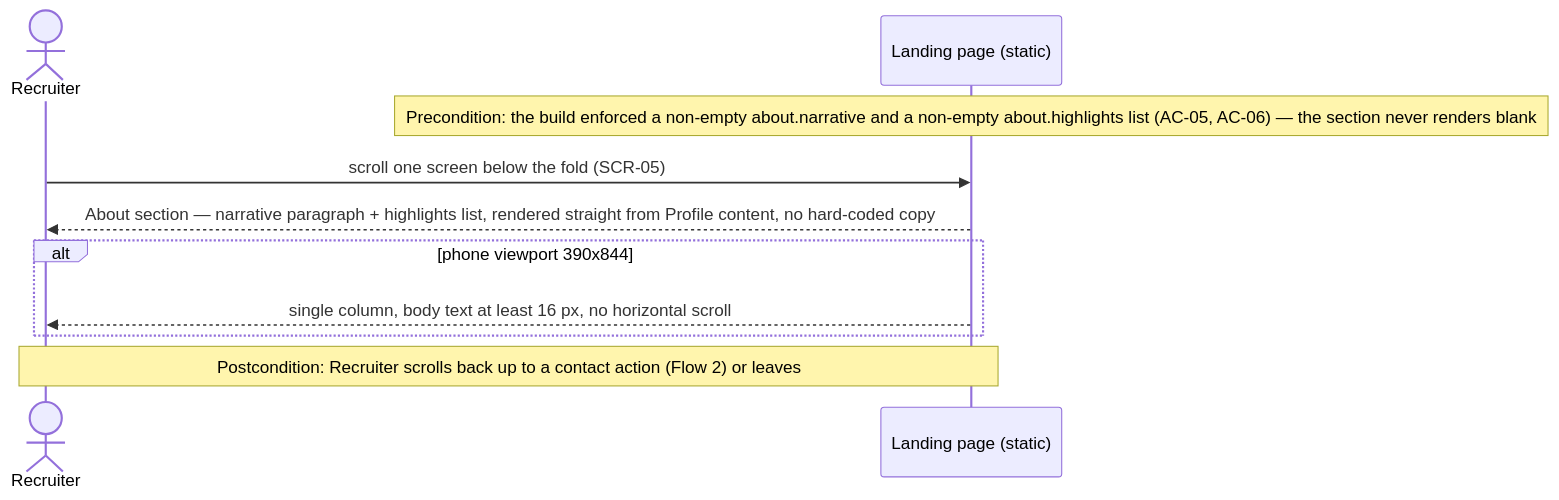
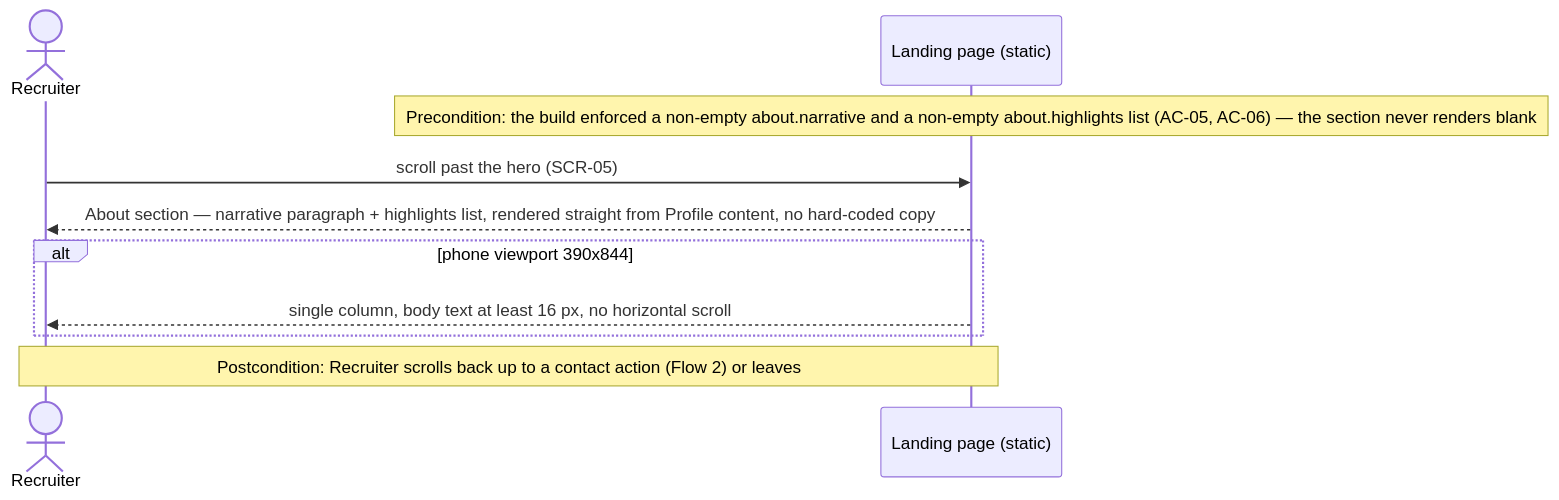
One commit to financeasist/personal-page changed the fifth of 6 diagrams in docs/features/personal-landing/sad.md. Above: the diagram before and after it, drawn with Mermaid. The commit also changed other lines of this file and 7 other files, not shown here.

````diff
--- a/docs/features/personal-landing/sad.md
+++ b/docs/features/personal-landing/sad.md
@@ -247,12 +251,12 @@
 ```mermaid
 sequenceDiagram
     actor Recruiter
     participant Page as Landing page (static)
     Note over Page: Precondition: the build enforced a non-empty about.narrative and a non-empty about.highlights list (AC-05, AC-06) — the section never renders blank
-    Recruiter->>Page: scroll one screen below the fold (SCR-05)
+    Recruiter->>Page: scroll past the hero (SCR-05)
     Page-->>Recruiter: About section — narrative paragraph + highlights list, rendered straight from Profile content, no hard-coded copy
     alt phone viewport 390x844
         Page-->>Recruiter: single column, body text at least 16 px, no horizontal scroll
     end
     Note over Recruiter,Page: Postcondition: Recruiter scrolls back up to a contact action (Flow 2) or leaves
 ```
````
